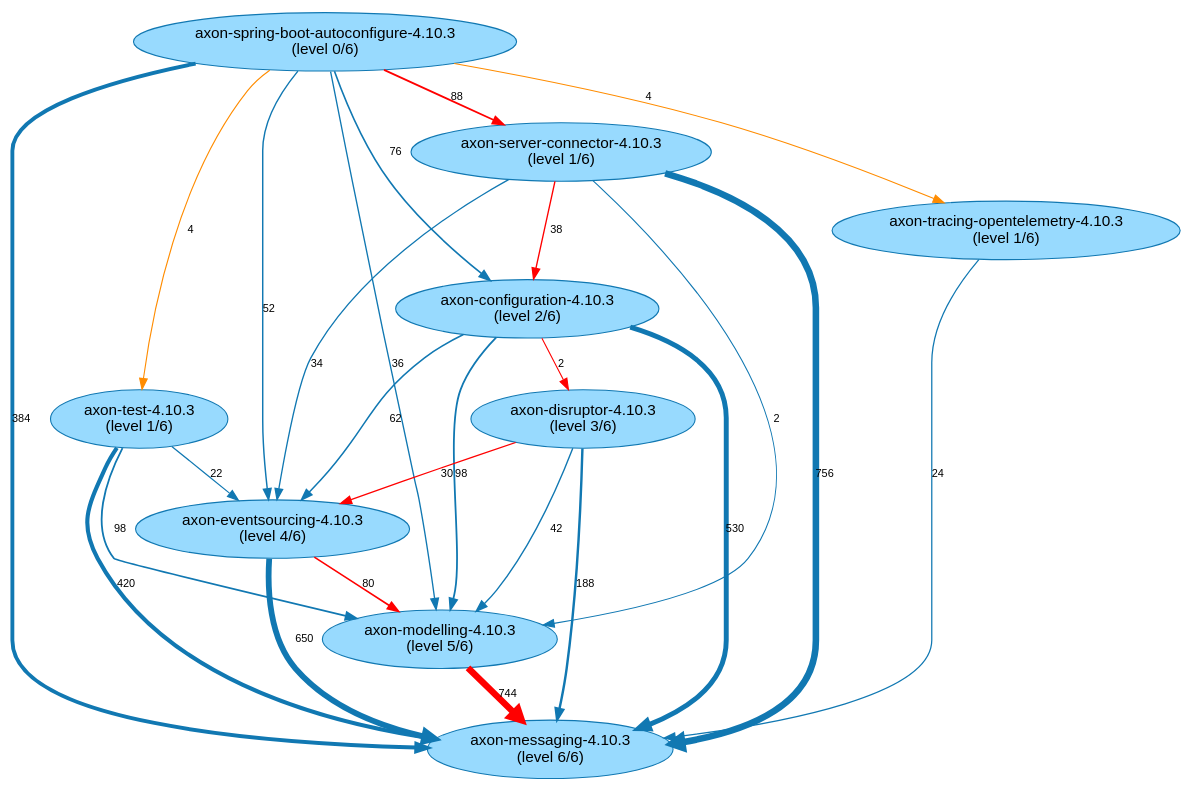
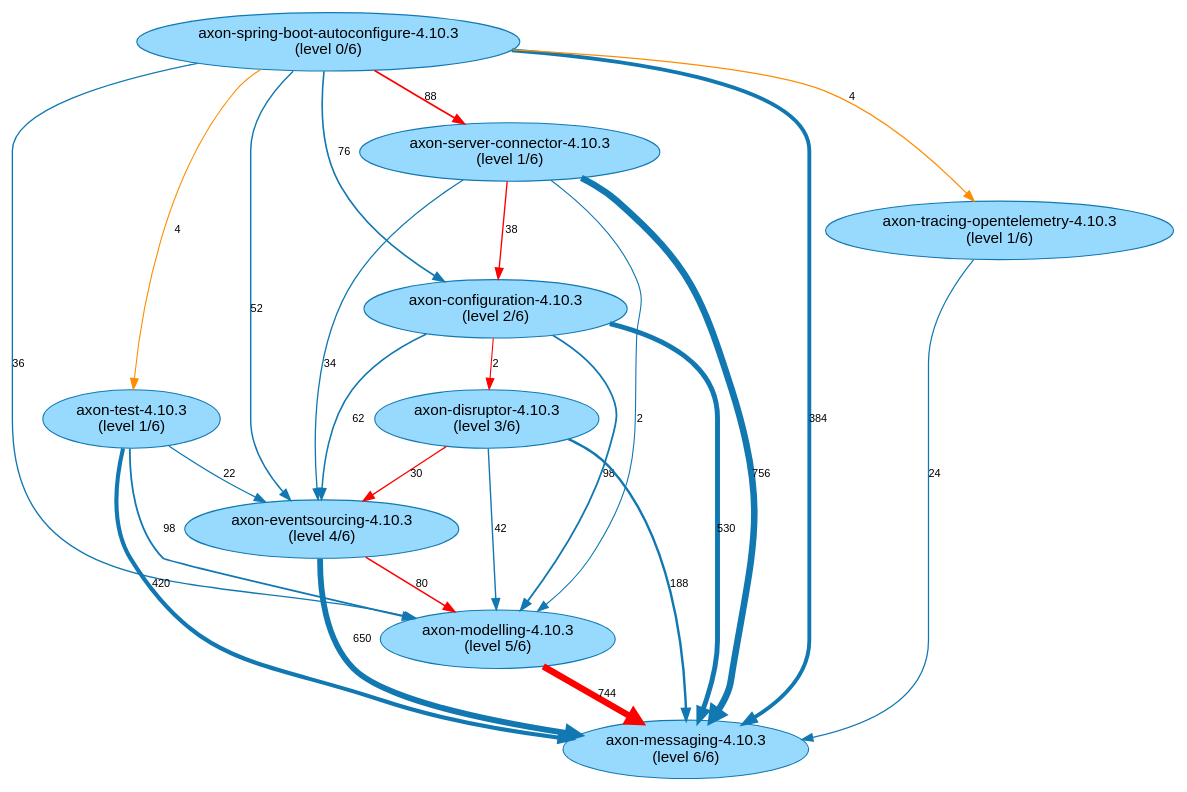
One commit to JohT/code-graph-analysis-pipeline changed the diagram in results/AxonFramework-4.10.3/path-finding-visualization/JavaArtifactLongestPaths.gv. Above: the diagram before and after it, drawn with Graphviz. The commit also changed other lines of this file and 107 other files, not shown here.

```diff
--- a/results/AxonFramework-4.10.3/path-finding-visualization/JavaArtifactLongestPaths.gv
+++ b/results/AxonFramework-4.10.3/path-finding-visualization/JavaArtifactLongestPaths.gv
@@ -1,37 +1,37 @@
 // This GraphViz dot file was generated by the script convertQueryResultCsvToGraphVizDotFile.sh with default.template
 
 strict digraph JavaArtifactLongestPaths {
     fontname = "Helvetica,Arial,sans-serif";
     node [fontname = "Helvetica,Arial,sans-serif";];
     edge [fontname = "Helvetica,Arial,sans-serif"; fontsize = 10;];
     node [style = filled; fillcolor = "0.560 0.400 0.999";];
     node [color = "0.560 0.900 0.700";];
     edge [color = "0.560 0.900 0.700";];
 	"axon-eventsourcing-4.10.3\n(level 4/6)" -> "axon-messaging-4.10.3\n(level 6/6)" [label=650; penwidth=5.3; ];
 	"axon-eventsourcing-4.10.3\n(level 4/6)" -> "axon-modelling-4.10.3\n(level 5/6)" [label=80; penwidth=1.52; color="red"; ];
+	"axon-spring-boot-autoconfigure-4.10.3\n(level 0/6)" -> "axon-messaging-4.10.3\n(level 6/6)" [label=384; penwidth=3.53; ];
+	"axon-spring-boot-autoconfigure-4.10.3\n(level 0/6)" -> "axon-test-4.10.3\n(level 1/6)" [label=4; penwidth=1.01; ];
 	"axon-spring-boot-autoconfigure-4.10.3\n(level 0/6)" -> "axon-configuration-4.10.3\n(level 2/6)" [label=76; penwidth=1.49; ];
-	"axon-spring-boot-autoconfigure-4.10.3\n(level 0/6)" -> "axon-messaging-4.10.3\n(level 6/6)" [label=384; penwidth=3.53; ];
 	"axon-spring-boot-autoconfigure-4.10.3\n(level 0/6)" -> "axon-modelling-4.10.3\n(level 5/6)" [label=36; penwidth=1.23; ];
 	"axon-spring-boot-autoconfigure-4.10.3\n(level 0/6)" -> "axon-eventsourcing-4.10.3\n(level 4/6)" [label=52; penwidth=1.33; ];
-	"axon-spring-boot-autoconfigure-4.10.3\n(level 0/6)" -> "axon-test-4.10.3\n(level 1/6)" [label=4; penwidth=1.01; ];
 	"axon-spring-boot-autoconfigure-4.10.3\n(level 0/6)" -> "axon-server-connector-4.10.3\n(level 1/6)" [label=88; penwidth=1.57; color="red"; ];
 	"axon-spring-boot-autoconfigure-4.10.3\n(level 0/6)" -> "axon-tracing-opentelemetry-4.10.3\n(level 1/6)" [label=4; penwidth=1.01; ];
 	"axon-server-connector-4.10.3\n(level 1/6)" -> "axon-messaging-4.10.3\n(level 6/6)" [label=756; penwidth=6.0; ];
 	"axon-server-connector-4.10.3\n(level 1/6)" -> "axon-configuration-4.10.3\n(level 2/6)" [label=38; penwidth=1.24; color="red"; ];
+	"axon-server-connector-4.10.3\n(level 1/6)" -> "axon-eventsourcing-4.10.3\n(level 4/6)" [label=34; penwidth=1.21; ];
 	"axon-server-connector-4.10.3\n(level 1/6)" -> "axon-modelling-4.10.3\n(level 5/6)" [label=2; penwidth=1.0; ];
-	"axon-server-connector-4.10.3\n(level 1/6)" -> "axon-eventsourcing-4.10.3\n(level 4/6)" [label=34; penwidth=1.21; ];
 	"axon-tracing-opentelemetry-4.10.3\n(level 1/6)" -> "axon-messaging-4.10.3\n(level 6/6)" [label=24; penwidth=1.15; ];
+	"axon-configuration-4.10.3\n(level 2/6)" -> "axon-modelling-4.10.3\n(level 5/6)" [label=98; penwidth=1.64; ];
 	"axon-configuration-4.10.3\n(level 2/6)" -> "axon-messaging-4.10.3\n(level 6/6)" [label=530; penwidth=4.5; ];
-	"axon-configuration-4.10.3\n(level 2/6)" -> "axon-modelling-4.10.3\n(level 5/6)" [label=98; penwidth=1.64; ];
 	"axon-configuration-4.10.3\n(level 2/6)" -> "axon-eventsourcing-4.10.3\n(level 4/6)" [label=62; penwidth=1.4; ];
 	"axon-configuration-4.10.3\n(level 2/6)" -> "axon-disruptor-4.10.3\n(level 3/6)" [label=2; penwidth=1.0; color="red"; ];
 	"axon-modelling-4.10.3\n(level 5/6)" -> "axon-messaging-4.10.3\n(level 6/6)" [label=744; penwidth=5.92; color="red"; ];
-	"axon-disruptor-4.10.3\n(level 3/6)" -> "axon-eventsourcing-4.10.3\n(level 4/6)" [label=30; penwidth=1.19; color="red"; ];
 	"axon-disruptor-4.10.3\n(level 3/6)" -> "axon-messaging-4.10.3\n(level 6/6)" [label=188; penwidth=2.23; ];
 	"axon-disruptor-4.10.3\n(level 3/6)" -> "axon-modelling-4.10.3\n(level 5/6)" [label=42; penwidth=1.27; ];
+	"axon-disruptor-4.10.3\n(level 3/6)" -> "axon-eventsourcing-4.10.3\n(level 4/6)" [label=30; penwidth=1.19; color="red"; ];
+	"axon-test-4.10.3\n(level 1/6)" -> "axon-messaging-4.10.3\n(level 6/6)" [label=420; penwidth=3.77; ];
 	"axon-test-4.10.3\n(level 1/6)" -> "axon-modelling-4.10.3\n(level 5/6)" [label=98; penwidth=1.64; ];
-	"axon-test-4.10.3\n(level 1/6)" -> "axon-messaging-4.10.3\n(level 6/6)" [label=420; penwidth=3.77; ];
 	"axon-test-4.10.3\n(level 1/6)" -> "axon-eventsourcing-4.10.3\n(level 4/6)" [label=22; penwidth=1.13; ];
 	"axon-spring-boot-autoconfigure-4.10.3\n(level 0/6)" -> "axon-tracing-opentelemetry-4.10.3\n(level 1/6)" [label=4; penwidth=1.01; color="darkorange"; ];
 	"axon-spring-boot-autoconfigure-4.10.3\n(level 0/6)" -> "axon-test-4.10.3\n(level 1/6)" [label=4; penwidth=1.01; color="darkorange"; ];
 }
```
